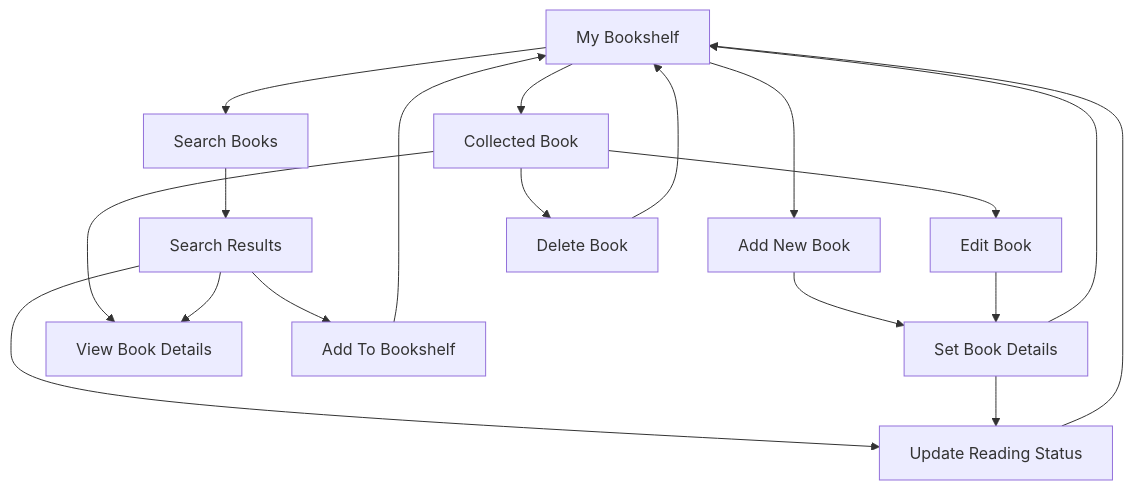
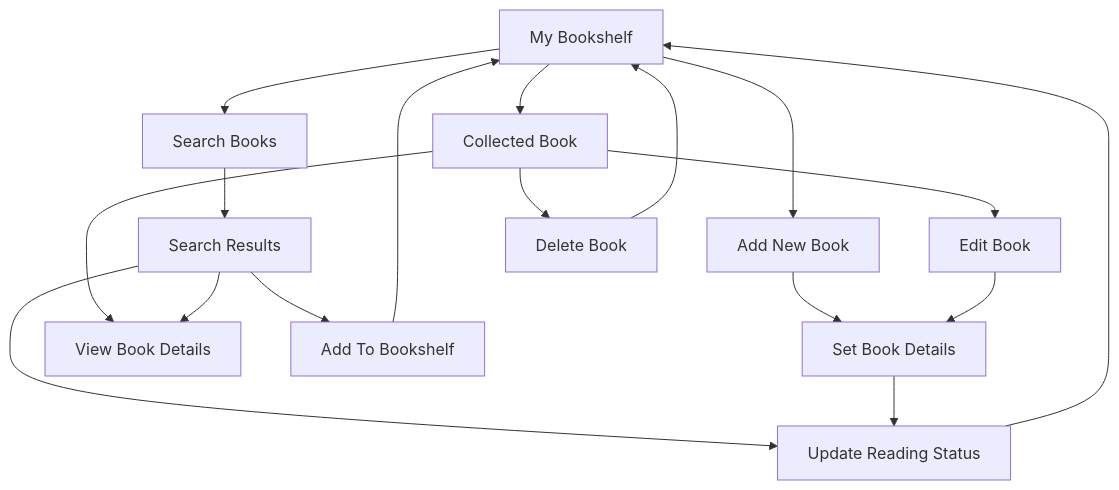
One commit to kyjohnson05/git-practice-KyleJohnson changed the second of 2 diagrams in test.md. Above: the diagram before and after it, drawn with Mermaid. The commit also changed other lines of this file, not shown here.

````diff
--- a/test.md
+++ b/test.md
@@ -70,20 +70,19 @@
 ```mermaid
 flowchart TD
 A[My Bookshelf] --> B[Search Books]
 A --> C[Add New Book]
 A --> D[Collected Book]
 B --> E[Search Results]
 C --> F[Set Book Details]
 D --> G[View Book Details]
 D --> H[Edit Book]
 D --> I[Delete Book]
 E --> J[Update Reading Status]
 E --> K[Add To Bookshelf]
 E --> G
 F --> J
 H --> F
-F --> A
 I --> A
 J --> A
 K --> A
 ```
````
